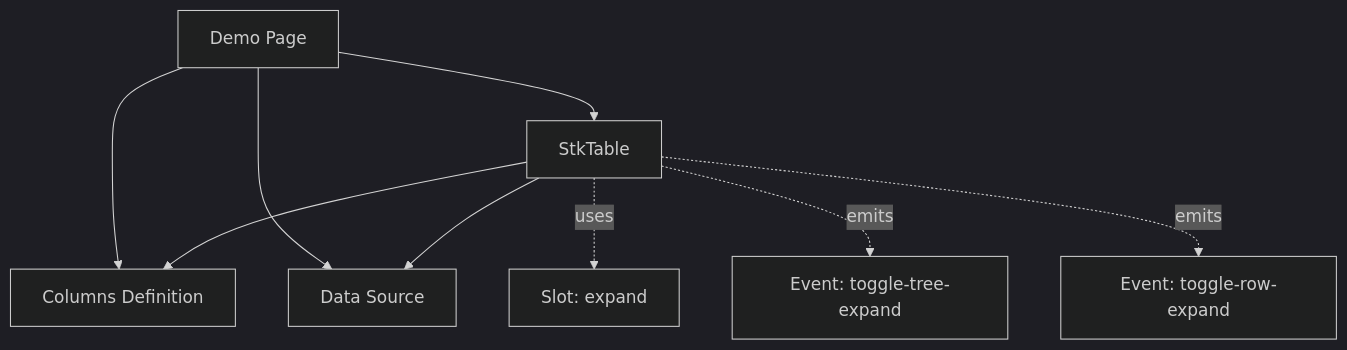
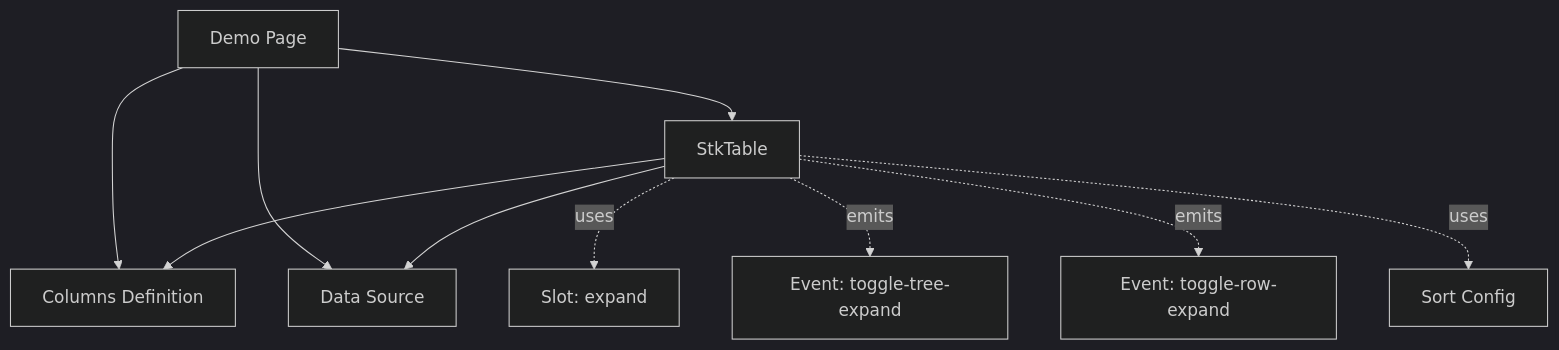
Before and after one commit to ja-plus/stk-table-vue: the second of 8 diagrams in .qoder/repowiki/en/content/Basic Features/Basic Features.md, drawn with Mermaid (dark theme). The commit also changed other lines of this file and 3 other files, not shown here.

````diff
--- a/.qoder/repowiki/en/content/Basic Features/Basic Features.md
+++ b/.qoder/repowiki/en/content/Basic Features/Basic Features.md
@@ -144,18 +181,20 @@
 ```mermaid
 graph TB
 Demo["Demo Page"]
 Columns["Columns Definition"]
 DS["Data Source"]
 Table["StkTable"]
 ExpandSlot["Slot: expand"]
 TreeEvents["Event: toggle-tree-expand"]
 ExpandEvents["Event: toggle-row-expand"]
+SortConfig["Sort Config"]
 Demo --> Columns
 Demo --> DS
 Demo --> Table
 Table --> Columns
 Table --> DS
 Table -. uses .-> ExpandSlot
 Table -. emits .-> TreeEvents
 Table -. emits .-> ExpandEvents
+Table -. uses .-> SortConfig
 ```
````
